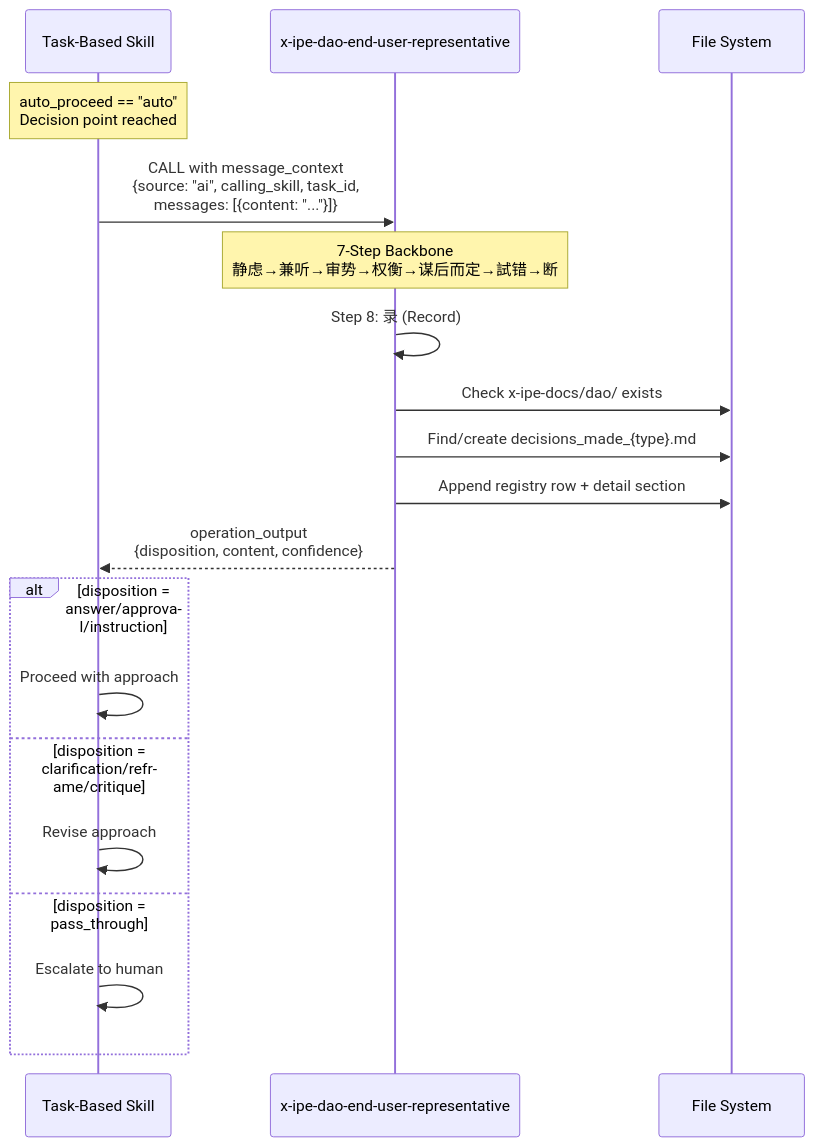
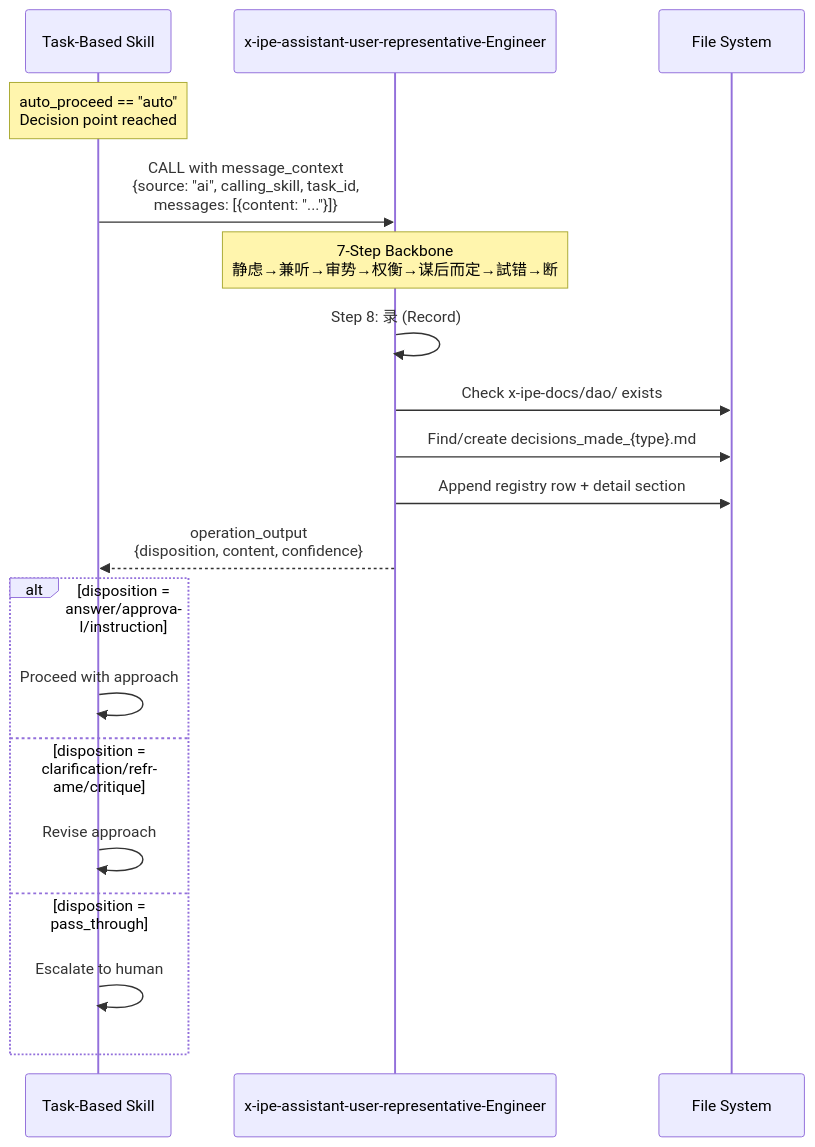
One commit to Young-Z/X-IPE changed the diagram in x-ipe-docs/requirements/EPIC-047/FEATURE-047-B/technical-design.md. Above: the diagram before and after it, drawn with Mermaid. The commit also changed other lines of this file and 282 other files, not shown here.

````diff
--- a/x-ipe-docs/requirements/EPIC-047/FEATURE-047-B/technical-design.md
+++ b/x-ipe-docs/requirements/EPIC-047/FEATURE-047-B/technical-design.md
@@ -260,27 +260,27 @@
 ```mermaid
 sequenceDiagram
     participant S as Task-Based Skill
-    participant DAO as x-ipe-dao-end-user-representative
+    participant DAO as x-ipe-assistant-user-representative-Engineer
     participant FS as File System
 
     Note over S: auto_proceed == "auto"<br/>Decision point reached
 
     S->>DAO: CALL with message_context<br/>{source: "ai", calling_skill, task_id,<br/>messages: [{content: "..."}]}
     
     Note over DAO: 7-Step Backbone<br/>静虑→兼听→审势→权衡→谋后而定→試错→断
 
     DAO->>DAO: Step 8: 录 (Record)
     DAO->>FS: Check x-ipe-docs/dao/ exists
     DAO->>FS: Find/create decisions_made_{type}.md
     DAO->>FS: Append registry row + detail section
     
     DAO-->>S: operation_output<br/>{disposition, content, confidence}
 
     alt disposition = answer/approval/instruction
         S->>S: Proceed with approach
     else disposition = clarification/reframe/critique
         S->>S: Revise approach
     else disposition = pass_through
         S->>S: Escalate to human
     end
 ```
````
